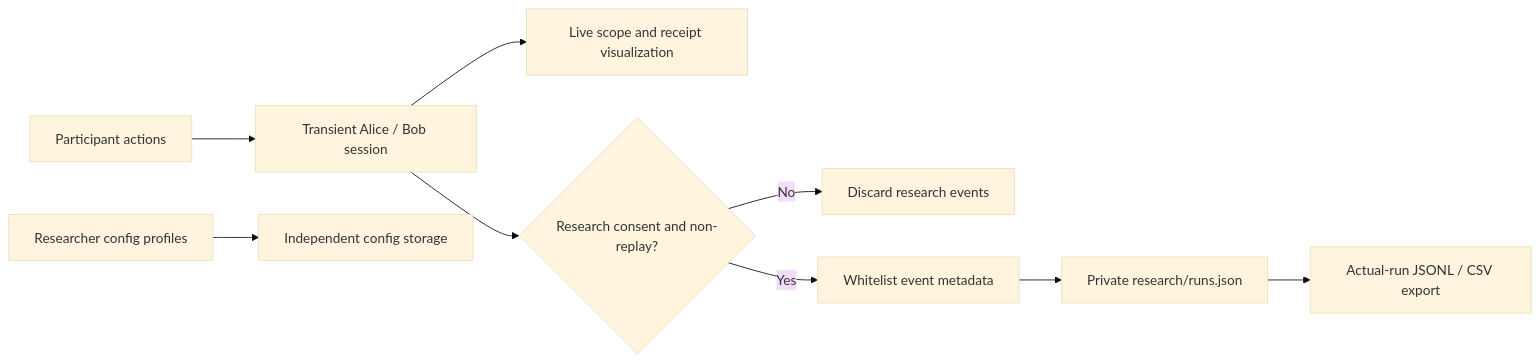
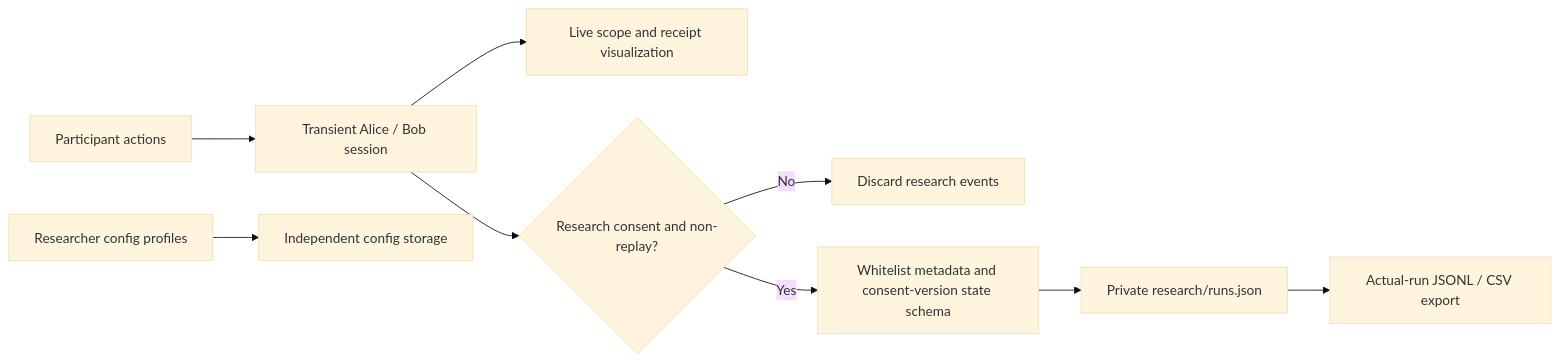
One commit to BillShiyaoZhang/agent-on-request changed the diagram in docs/research.md. Above: the diagram before and after it, drawn with Mermaid (base theme). The commit also changed other lines of this file and 32 other files, not shown here.

````diff
--- a/docs/research.md
+++ b/docs/research.md
@@ -11,11 +11,11 @@
 ```mermaid
 flowchart LR
   Participant[Participant actions] --> Runtime[Transient Alice / Bob session]
   Runtime --> Display[Live scope and receipt visualization]
   Runtime --> Gate{Research consent and non-replay?}
   Gate -->|No| Drop[Discard research events]
-  Gate -->|Yes| Filter[Whitelist event metadata]
+  Gate -->|Yes| Filter[Whitelist metadata and consent-version state schema]
   Filter --> Store[Private research/runs.json]
   Store --> Export[Actual-run JSONL / CSV export]
   Config[Researcher config profiles] --> ProfileStore[Independent config storage]
 ```
````
